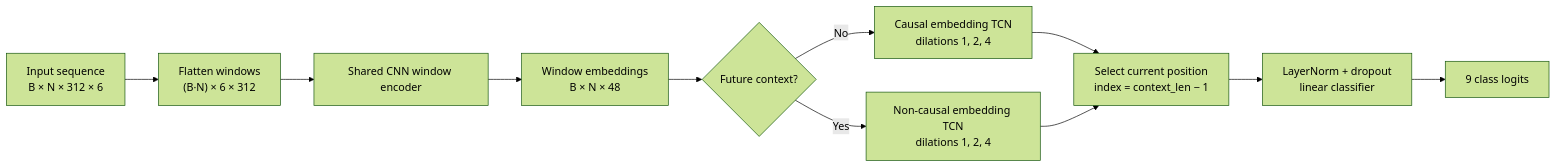
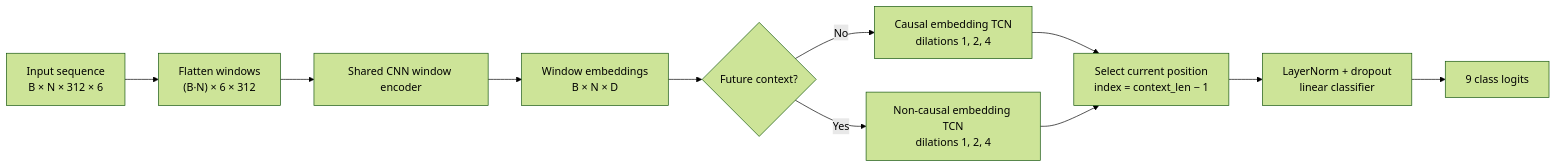
The diagram in experiments/results/edge_window_tcn_context_comparison.md (Sentigrate/distrimuse-imu-edge), drawn with Mermaid (forest theme) before and after one commit. The commit also changed other lines of this file and 6 other files, not shown here.

````diff
--- a/experiments/results/edge_window_tcn_context_comparison.md
+++ b/experiments/results/edge_window_tcn_context_comparison.md
@@ -48,13 +51,13 @@
 ```mermaid
 flowchart LR
     A["Input sequence<br/>B × N × 312 × 6"] --> B["Flatten windows<br/>(B·N) × 6 × 312"]
     B --> C["Shared CNN window encoder"]
-    C --> D["Window embeddings<br/>B × N × 48"]
+    C --> D["Window embeddings<br/>B × N × D"]
     D --> E{"Future context?"}
     E -- "No" --> F["Causal embedding TCN<br/>dilations 1, 2, 4"]
     E -- "Yes" --> G["Non-causal embedding TCN<br/>dilations 1, 2, 4"]
     F --> H["Select current position<br/>index = context_len − 1"]
     G --> H
     H --> I["LayerNorm + dropout<br/>linear classifier"]
     I --> J["9 class logits"]
 ```
````
